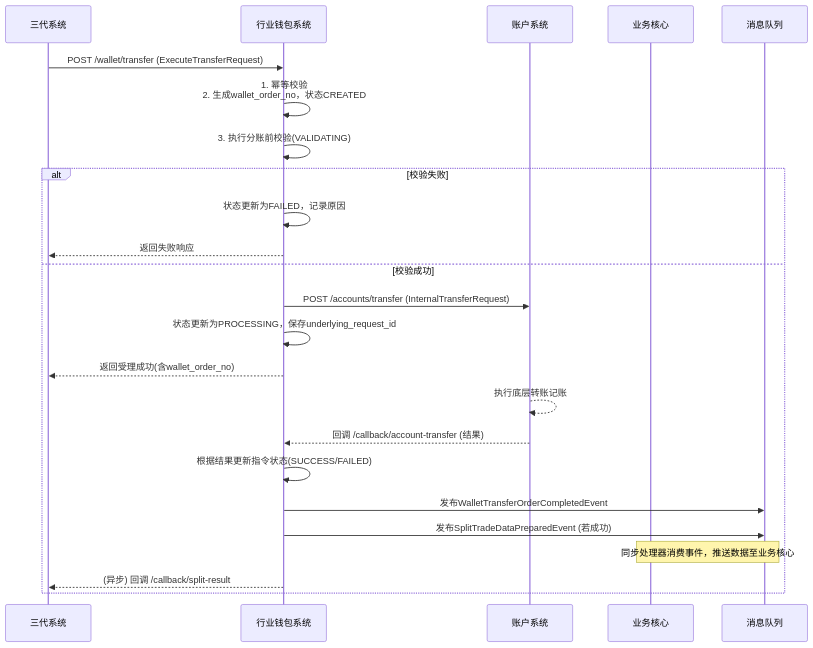
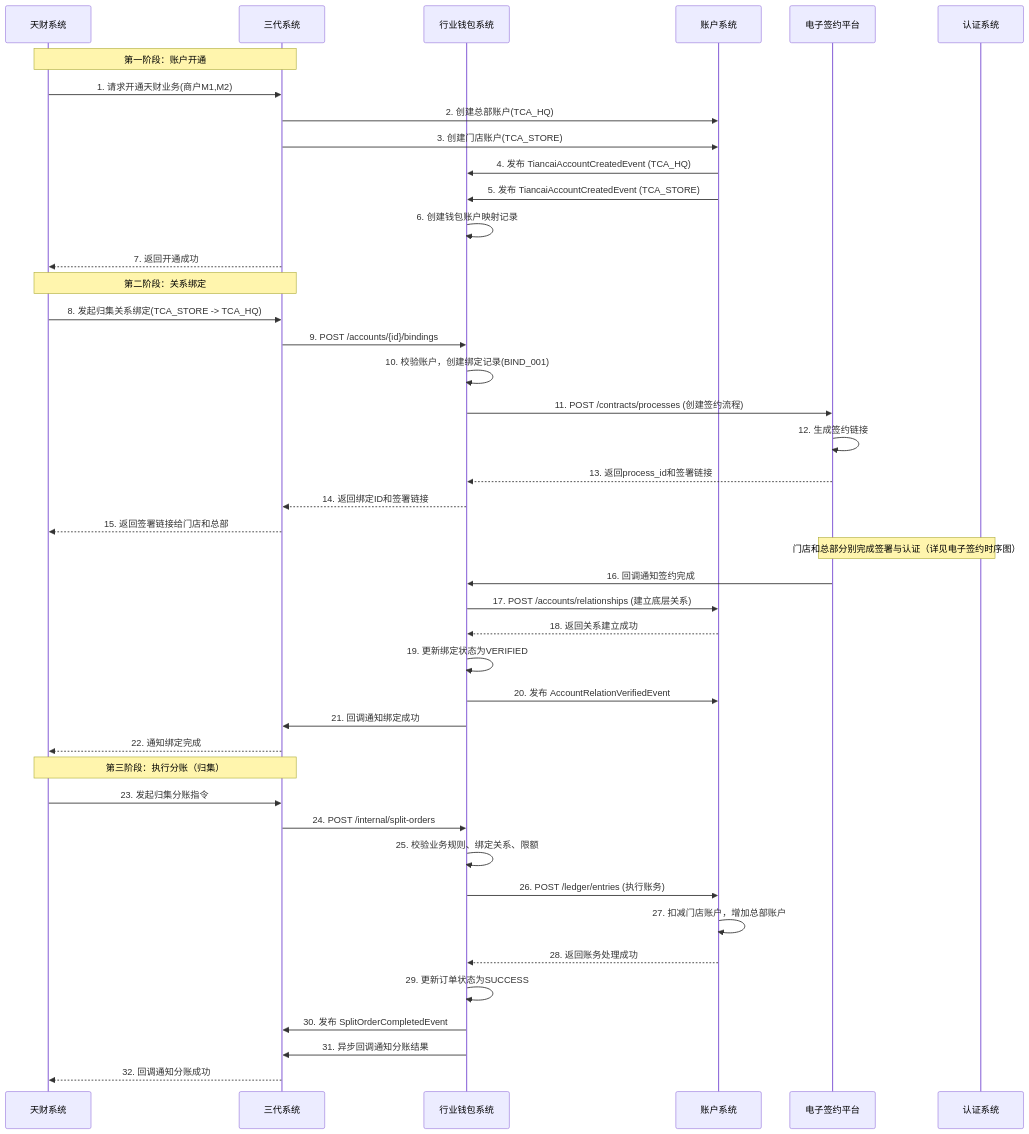
The first of 2 diagrams in data/天财分账需求/gpt-5.2/workspace/02_modules/module_行业钱包系统.md (youzi211/AiCoding), drawn with Mermaid before and after one commit. The commit also changed other lines of this file and 93 other files, not shown here.

````diff
--- a/data/天财分账需求/gpt-5.2/workspace/02_modules/module_行业钱包系统.md
+++ b/data/天财分账需求/gpt-5.2/workspace/02_modules/module_行业钱包系统.md
@@ -306,27 +589,49 @@
 ```mermaid
 sequenceDiagram
-    participant C as 三代系统
-    participant W as 行业钱包系统
-    participant A as 账户系统
-    participant BC as 业务核心
-    participant MQ as 消息队列
+    participant 天财 as 天财系统
+    participant G3 as 三代系统
+    participant 钱包 as 行业钱包系统
+    participant 账户 as 账户系统
+    participant 签约 as 电子签约平台
+    participant 认证 as 认证系统
 
-    C->>W: POST /wallet/transfer (ExecuteTransferRequest)
-    W->>W: 1. 幂等校验<br>2. 生成wallet_order_no，状态CREATED
-    W->>W: 3. 执行分账前校验(VALIDATING)
-    alt 校验失败
-        W->>W: 状态更新为FAILED，记录原因
-        W-->>C: 返回失败响应
-    else 校验成功
-        W->>A: POST /accounts/transfer (InternalTransferRequest)
-        W->>W: 状态更新为PROCESSING，保存underlying_request_id
-        W-->>C: 返回受理成功(含wallet_order_no)
-        A-->>A: 执行底层转账记账
-        A-->>W: 回调 /callback/account-transfer (结果)
-        W->>W: 根据结果更新指令状态(SUCCESS/FAILED)
-        W->>MQ: 发布WalletTransferOrderCompletedEvent
-        W->>MQ: 发布SplitTradeDataPreparedEvent (若成功)
-        Note over MQ,BC: 同步处理器消费事件，推送数据至业务核心
-        W-->>C: (异步) 回调 /callback/split-result
-    end
+    Note over 天财,G3: 第一阶段：账户开通
+    天财->>G3: 1. 请求开通天财业务(商户M1,M2)
+    G3->>账户: 2. 创建总部账户(TCA_HQ)
+    G3->>账户: 3. 创建门店账户(TCA_STORE)
+    账户->>钱包: 4. 发布 TiancaiAccountCreatedEvent (TCA_HQ)
+    账户->>钱包: 5. 发布 TiancaiAccountCreatedEvent (TCA_STORE)
+    钱包->>钱包: 6. 创建钱包账户映射记录
+    G3-->>天财: 7. 返回开通成功
+
+    Note over 天财,G3: 第二阶段：关系绑定
+    天财->>G3: 8. 发起归集关系绑定(TCA_STORE -> TCA_HQ)
+    G3->>钱包: 9. POST /accounts/{id}/bindings
+    钱包->>钱包: 10. 校验账户，创建绑定记录(BIND_001)
+    钱包->>签约: 11. POST /contracts/processes (创建签约流程)
+    签约->>签约: 12. 生成签约链接
+    签约-->>钱包: 13. 返回process_id和签署链接
+    钱包-->>G3: 14. 返回绑定ID和签署链接
+    G3-->>天财: 15. 返回签署链接给门店和总部
+    
+    Note over 签约,认证: 门店和总部分别完成签署与认证（详见电子签约时序图）
+    签约->>钱包: 16. 回调通知签约完成
+    钱包->>账户: 17. POST /accounts/relationships (建立底层关系)
+    账户-->>钱包: 18. 返回关系建立成功
+    钱包->>钱包: 19. 更新绑定状态为VERIFIED
+    钱包->>账户: 20. 发布 AccountRelationVerifiedEvent
+    钱包->>G3: 21. 回调通知绑定成功
+    G3-->>天财: 22. 通知绑定完成
+
+    Note over 天财,G3: 第三阶段：执行分账（归集）
+    天财->>G3: 23. 发起归集分账指令
+    G3->>钱包: 24. POST /internal/split-orders
+    钱包->>钱包: 25. 校验业务规则、绑定关系、限额
+    钱包->>账户: 26. POST /ledger/entries (执行账务)
+    账户->>账户: 27. 扣减门店账户，增加总部账户
+    账户-->>钱包: 28. 返回账务处理成功
+    钱包->>钱包: 29. 更新订单状态为SUCCESS
+    钱包->>G3: 30. 发布 SplitOrderCompletedEvent
+    钱包->>G3: 31. 异步回调通知分账结果
+    G3-->>天财: 32. 回调通知分账成功
 ```
````
